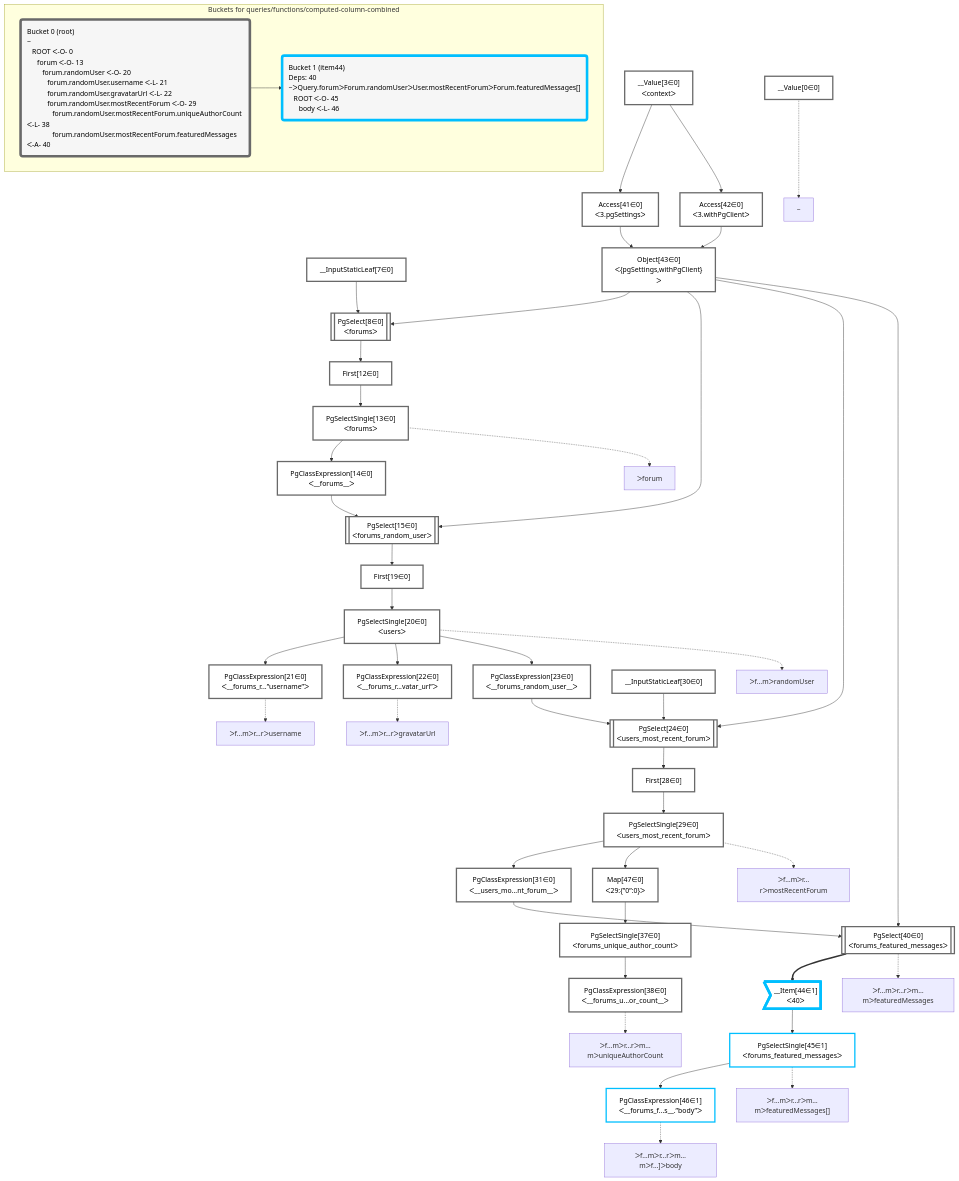
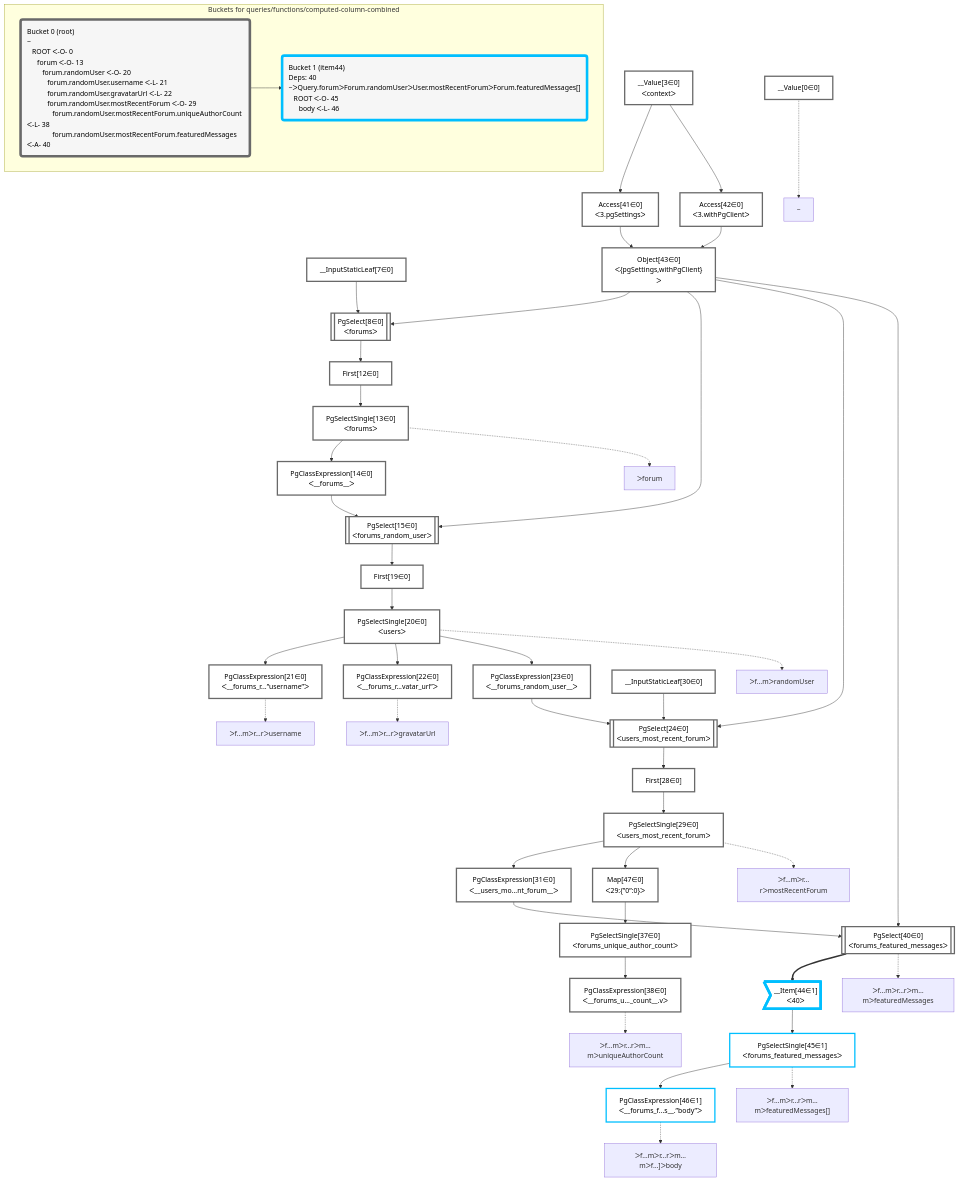
One commit to graphile/crystal changed the diagram in packages/dataplan-pg/__tests__/queries/functions/computed-column-combined.deopt.mermaid. Above: the diagram before and after it, drawn with Mermaid. The commit also changed 41 other files, not shown here.

```diff
--- a/packages/dataplan-pg/__tests__/queries/functions/computed-column-combined.deopt.mermaid
+++ b/packages/dataplan-pg/__tests__/queries/functions/computed-column-combined.deopt.mermaid
@@ -1,95 +1,95 @@
 graph TD
     classDef path fill:#eee,stroke:#000,color:#000
     classDef plan fill:#fff,stroke-width:3px,color:#000
     classDef itemplan fill:#fff,stroke-width:6px,color:#000
     classDef sideeffectplan fill:#f00,stroke-width:6px,color:#000
     classDef bucket fill:#f6f6f6,color:#000,stroke-width:6px,text-align:left
 
 
     %% define plans
     __Value0["__Value[0∈0]"]:::plan
     __Value3["__Value[3∈0]<br />ᐸcontextᐳ"]:::plan
     __InputStaticLeaf7["__InputStaticLeaf[7∈0]"]:::plan
     Access41["Access[41∈0]<br />ᐸ3.pgSettingsᐳ"]:::plan
     Access42["Access[42∈0]<br />ᐸ3.withPgClientᐳ"]:::plan
     Object43["Object[43∈0]<br />ᐸ{pgSettings,withPgClient}ᐳ"]:::plan
     PgSelect8[["PgSelect[8∈0]<br />ᐸforumsᐳ"]]:::plan
     First12["First[12∈0]"]:::plan
     PgSelectSingle13["PgSelectSingle[13∈0]<br />ᐸforumsᐳ"]:::plan
     PgClassExpression14["PgClassExpression[14∈0]<br />ᐸ__forums__ᐳ"]:::plan
     PgSelect15[["PgSelect[15∈0]<br />ᐸforums_random_userᐳ"]]:::plan
     First19["First[19∈0]"]:::plan
     PgSelectSingle20["PgSelectSingle[20∈0]<br />ᐸusersᐳ"]:::plan
     PgClassExpression21["PgClassExpression[21∈0]<br />ᐸ__forums_r...”username”ᐳ"]:::plan
     PgClassExpression22["PgClassExpression[22∈0]<br />ᐸ__forums_r...vatar_url”ᐳ"]:::plan
     PgClassExpression23["PgClassExpression[23∈0]<br />ᐸ__forums_random_user__ᐳ"]:::plan
     __InputStaticLeaf30["__InputStaticLeaf[30∈0]"]:::plan
     PgSelect24[["PgSelect[24∈0]<br />ᐸusers_most_recent_forumᐳ"]]:::plan
     First28["First[28∈0]"]:::plan
     PgSelectSingle29["PgSelectSingle[29∈0]<br />ᐸusers_most_recent_forumᐳ"]:::plan
     PgClassExpression31["PgClassExpression[31∈0]<br />ᐸ__users_mo...nt_forum__ᐳ"]:::plan
     Map47["Map[47∈0]<br />ᐸ29:{”0”:0}ᐳ"]:::plan
     PgSelectSingle37["PgSelectSingle[37∈0]<br />ᐸforums_unique_author_countᐳ"]:::plan
-    PgClassExpression38["PgClassExpression[38∈0]<br />ᐸ__forums_u...or_count__ᐳ"]:::plan
+    PgClassExpression38["PgClassExpression[38∈0]<br />ᐸ__forums_u..._count__.vᐳ"]:::plan
     PgSelect40[["PgSelect[40∈0]<br />ᐸforums_featured_messagesᐳ"]]:::plan
     __Item44>"__Item[44∈1]<br />ᐸ40ᐳ"]:::itemplan
     PgSelectSingle45["PgSelectSingle[45∈1]<br />ᐸforums_featured_messagesᐳ"]:::plan
     PgClassExpression46["PgClassExpression[46∈1]<br />ᐸ__forums_f...s__.”body”ᐳ"]:::plan
 
     %% plan dependencies
     __Value3 --> Access41
     __Value3 --> Access42
     Access41 & Access42 --> Object43
     Object43 & __InputStaticLeaf7 --> PgSelect8
     PgSelect8 --> First12
     First12 --> PgSelectSingle13
     PgSelectSingle13 --> PgClassExpression14
     Object43 & PgClassExpression14 --> PgSelect15
     PgSelect15 --> First19
     First19 --> PgSelectSingle20
     PgSelectSingle20 --> PgClassExpression21
     PgSelectSingle20 --> PgClassExpression22
     PgSelectSingle20 --> PgClassExpression23
     Object43 & PgClassExpression23 & __InputStaticLeaf30 --> PgSelect24
     PgSelect24 --> First28
     First28 --> PgSelectSingle29
     PgSelectSingle29 --> PgClassExpression31
     PgSelectSingle29 --> Map47
     Map47 --> PgSelectSingle37
     PgSelectSingle37 --> PgClassExpression38
     Object43 & PgClassExpression31 --> PgSelect40
     PgSelect40 ==> __Item44
     __Item44 --> PgSelectSingle45
     PgSelectSingle45 --> PgClassExpression46
 
     %% plan-to-path relationships
     P0["~"]
     __Value0 -.-> P0
     P13["ᐳforum"]
     PgSelectSingle13 -.-> P13
     P20["ᐳf…mᐳrandomUser"]
     PgSelectSingle20 -.-> P20
     P21["ᐳf…mᐳr…rᐳusername"]
     PgClassExpression21 -.-> P21
     P22["ᐳf…mᐳr…rᐳgravatarUrl"]
     PgClassExpression22 -.-> P22
     P29["ᐳf…mᐳr…rᐳmostRecentForum"]
     PgSelectSingle29 -.-> P29
     P38["ᐳf…mᐳr…rᐳm…mᐳuniqueAuthorCount"]
     PgClassExpression38 -.-> P38
     P40["ᐳf…mᐳr…rᐳm…mᐳfeaturedMessages"]
     PgSelect40 -.-> P40
     P45["ᐳf…mᐳr…rᐳm…mᐳfeaturedMessages[]"]
     PgSelectSingle45 -.-> P45
     P46["ᐳf…mᐳr…rᐳm…mᐳf…]ᐳbody"]
     PgClassExpression46 -.-> P46
 
     subgraph "Buckets for queries/functions/computed-column-combined"
     Bucket0("Bucket 0 (root)<br />~<br />⠀ROOT ᐸ-O- 0<br />⠀⠀forum ᐸ-O- 13<br />⠀⠀⠀forum.randomUser ᐸ-O- 20<br />⠀⠀⠀⠀forum.randomUser.username ᐸ-L- 21<br />⠀⠀⠀⠀forum.randomUser.gravatarUrl ᐸ-L- 22<br />⠀⠀⠀⠀forum.randomUser.mostRecentForum ᐸ-O- 29<br />⠀⠀⠀⠀⠀forum.randomUser.mostRecentForum.uniqueAuthorCount ᐸ-L- 38<br />⠀⠀⠀⠀⠀forum.randomUser.mostRecentForum.featuredMessages ᐸ-A- 40"):::bucket
     classDef bucket0 stroke:#696969
     class Bucket0,__Value0,__Value3,__InputStaticLeaf7,PgSelect8,First12,PgSelectSingle13,PgClassExpression14,PgSelect15,First19,PgSelectSingle20,PgClassExpression21,PgClassExpression22,PgClassExpression23,PgSelect24,First28,PgSelectSingle29,__InputStaticLeaf30,PgClassExpression31,PgSelectSingle37,PgClassExpression38,PgSelect40,Access41,Access42,Object43,Map47 bucket0
     Bucket1("Bucket 1 (item44)<br />Deps: 40<br />~ᐳQuery.forumᐳForum.randomUserᐳUser.mostRecentForumᐳForum.featuredMessages[]<br />⠀ROOT ᐸ-O- 45<br />⠀⠀body ᐸ-L- 46"):::bucket
     classDef bucket1 stroke:#00bfff
     class Bucket1,__Item44,PgSelectSingle45,PgClassExpression46 bucket1
     Bucket0 --> Bucket1
     end
```
